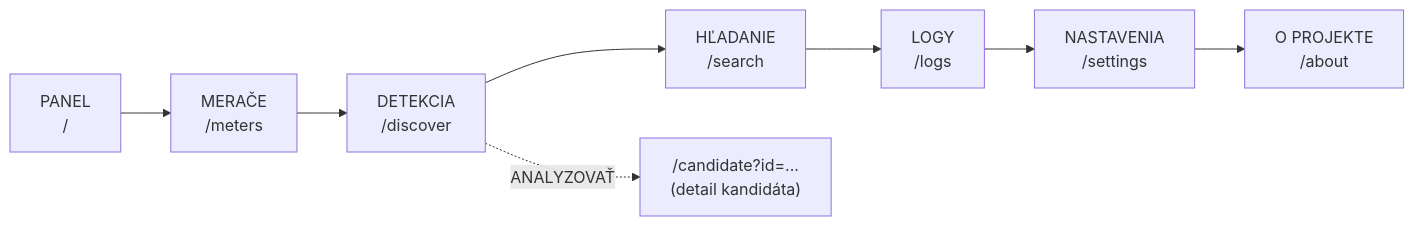
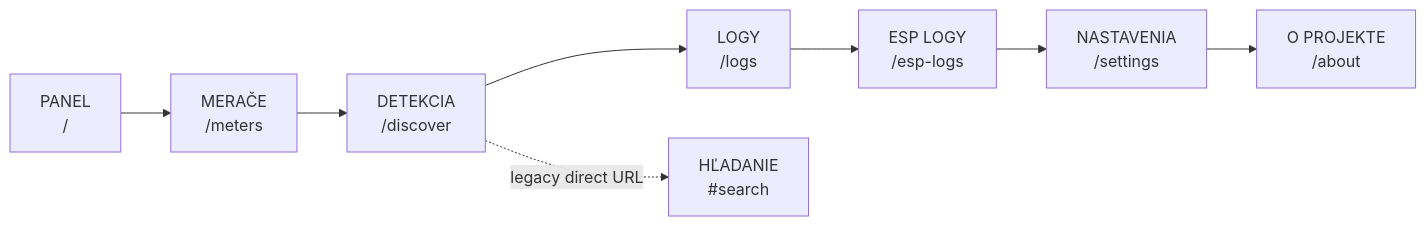
One commit to Kustonium/homeassistant-wmbus-mqtt-bridge-dev changed the third of 7 diagrams in docs/README.sk.md. Above: the diagram before and after it, drawn with Mermaid. The commit also changed other lines of this file and 6 other files, not shown here.

````diff
--- a/docs/README.sk.md
+++ b/docs/README.sk.md
@@ -247,10 +246,10 @@
 ```mermaid
 flowchart LR
   N1["PANEL<br/>/"] --> N2["MERAČE<br/>/meters"]
   N2 --> N3["DETEKCIA<br/>/discover"]
-  N3 --> N4["HĽADANIE<br/>/search"]
-  N4 --> N5["LOGY<br/>/logs"]
+  N3 --> N4["LOGY<br/>/logs"]
+  N4 --> N5["ESP LOGY<br/>/esp-logs"]
   N5 --> N6["NASTAVENIA<br/>/settings"]
   N6 --> N7["O PROJEKTE<br/>/about"]
-  N3 -.->|ANALYZOVAŤ| N8["/candidate?id=...<br/>(detail kandidáta)"]
+  N3 -.->|legacy direct URL| N8["HĽADANIE<br/>#search"]
 ```
````
